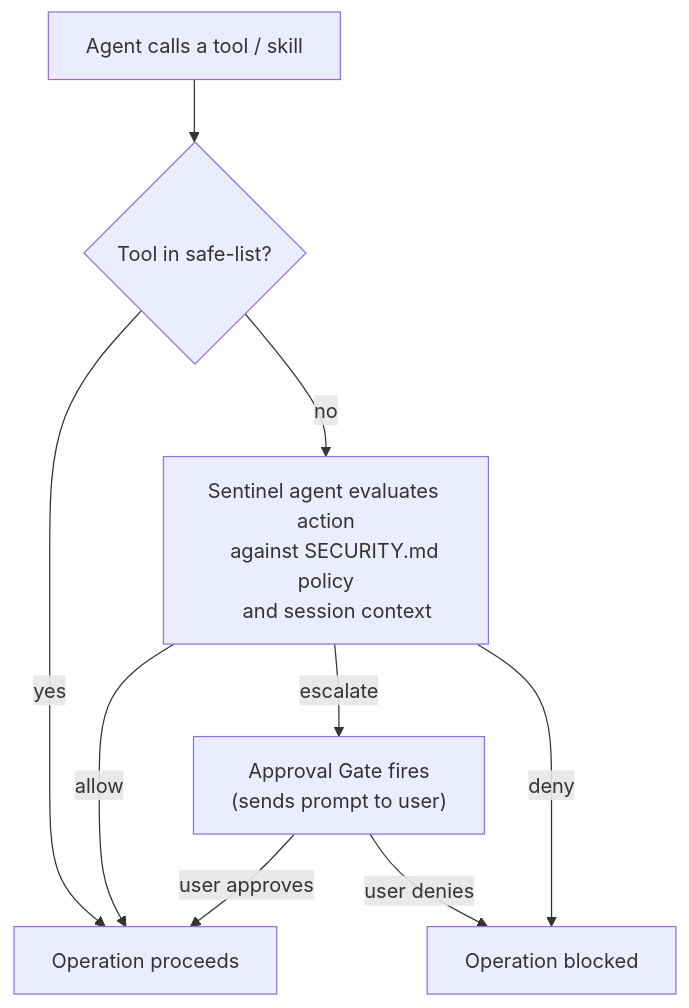
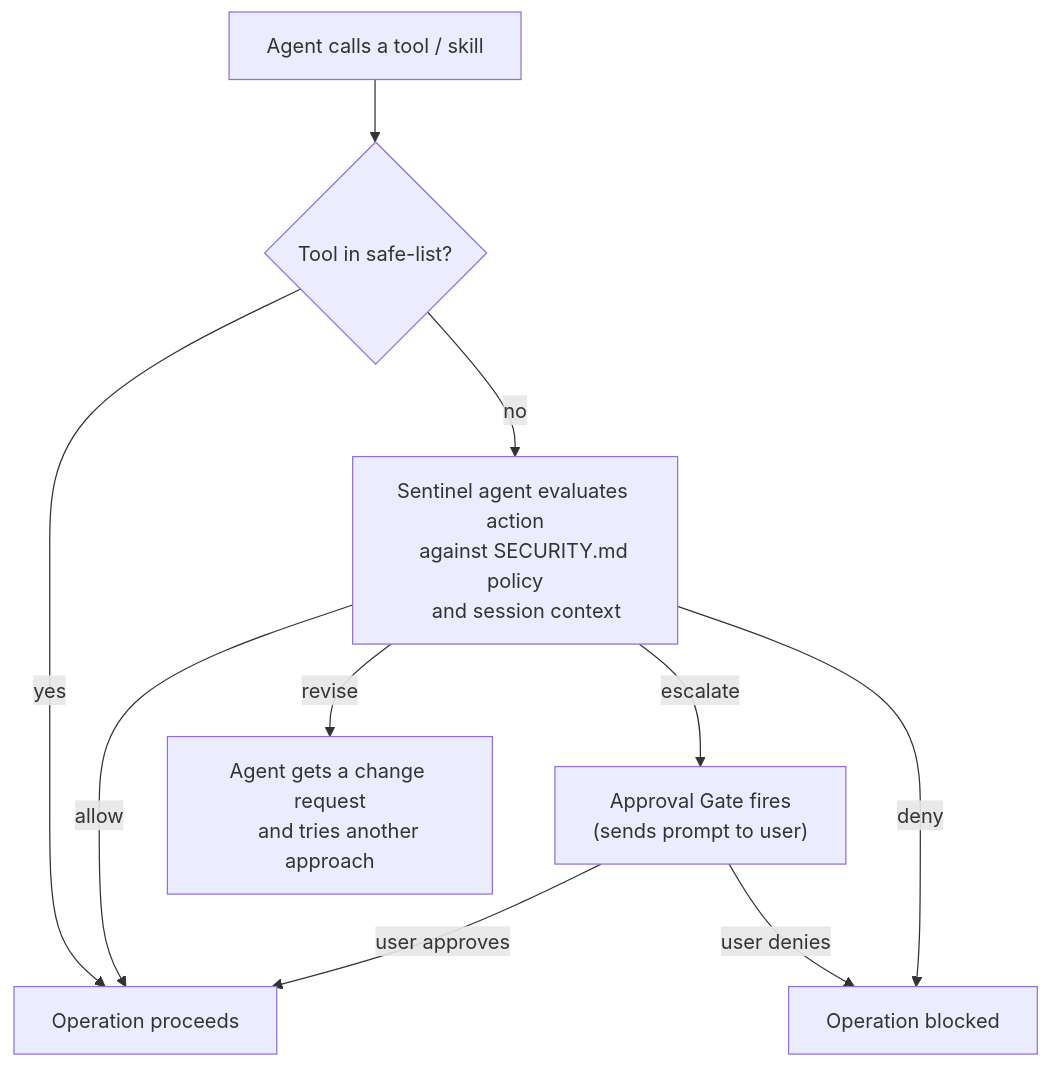
One commit to thiesgerken/carapace changed the diagram in docs/security.md. Above: the diagram before and after it, drawn with Mermaid. The commit also changed other lines of this file and 32 other files, not shown here.

````diff
--- a/docs/security.md
+++ b/docs/security.md
@@ -17,21 +18,24 @@
 ```mermaid
 flowchart TD
     ToolCall[Agent calls a tool / skill]
     SafeList{Tool in safe-list?}
     Sentinel["Sentinel agent evaluates action
     against SECURITY.md policy
     and session context"]
     Proceed[Operation proceeds]
+    Revise["Agent gets a change request
+    and tries another approach"]
     Gate["Approval Gate fires
     (sends prompt to user)"]
     Blocked[Operation blocked]
 
     ToolCall --> SafeList
     SafeList -->|yes| Proceed
     SafeList -->|no| Sentinel
     Sentinel -->|allow| Proceed
+    Sentinel -->|revise| Revise
     Sentinel -->|escalate| Gate
     Sentinel -->|deny| Blocked
     Gate -->|user approves| Proceed
     Gate -->|user denies| Blocked
 ```
````
